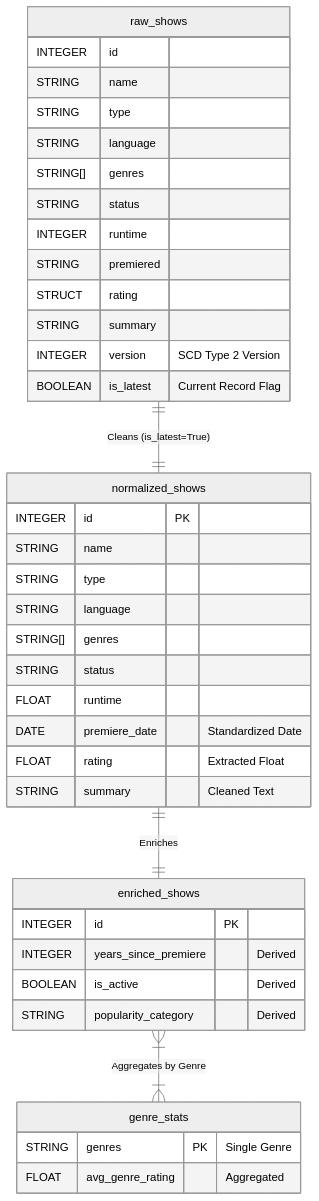
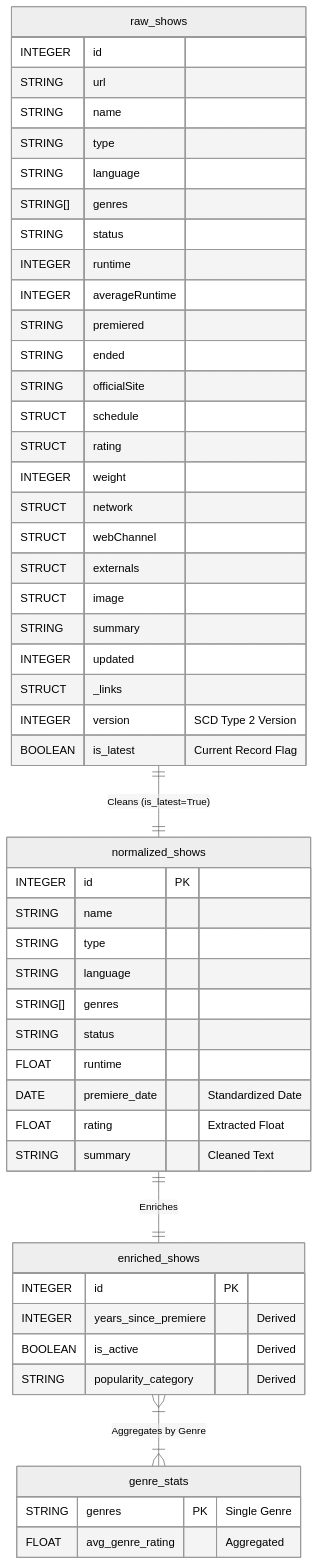
Before and after one commit to katzavi/Matzpen-home-assignment: the diagram in tvmaze_etl/ERD.md, drawn with Mermaid (neutral theme). The commit also changed 2 other files, not shown here.

Commit message:
md updates

````diff
--- a/tvmaze_etl/ERD.md
+++ b/tvmaze_etl/ERD.md
@@ -5,53 +5,65 @@
 ```mermaid
 erDiagram
     %% Raw Data Layer
     %% Ingested directly from JSONL
     raw_shows {
         INTEGER id
+        STRING url
         STRING name
         STRING type
         STRING language
         STRING[] genres
         STRING status
         INTEGER runtime
+        INTEGER averageRuntime
         STRING premiered
+        STRING ended
+        STRING officialSite
+        STRUCT schedule
         STRUCT rating
+        INTEGER weight
+        STRUCT network
+        STRUCT webChannel
+        STRUCT externals
+        STRUCT image
         STRING summary
+        INTEGER updated
+        STRUCT _links
         INTEGER version "SCD Type 2 Version"
         BOOLEAN is_latest "Current Record Flag"
     }
 
     %% Normalized Layer
     %% Cleaned and Validated Data
     normalized_shows {
         INTEGER id PK
         STRING name
         STRING type
         STRING language
         STRING[] genres
         STRING status
         FLOAT runtime
         DATE premiere_date "Standardized Date"
         FLOAT rating "Extracted Float"
         STRING summary "Cleaned Text"
     }
 
     %% Enriched Layer
     %% Derived Metrics Added
     enriched_shows {
         INTEGER id PK
         INTEGER years_since_premiere "Derived"
         BOOLEAN is_active "Derived"
         STRING popularity_category "Derived"
     }
 
     %% Analytics Layer
     genre_stats {
         STRING genres PK "Single Genre"
         FLOAT avg_genre_rating "Aggregated"
     }
 
     raw_shows ||--|| normalized_shows : "Cleans (is_latest=True)"
     normalized_shows ||--|| enriched_shows : "Enriches"
     enriched_shows }|--|{ genre_stats : "Aggregates by Genre"
 ```
````
